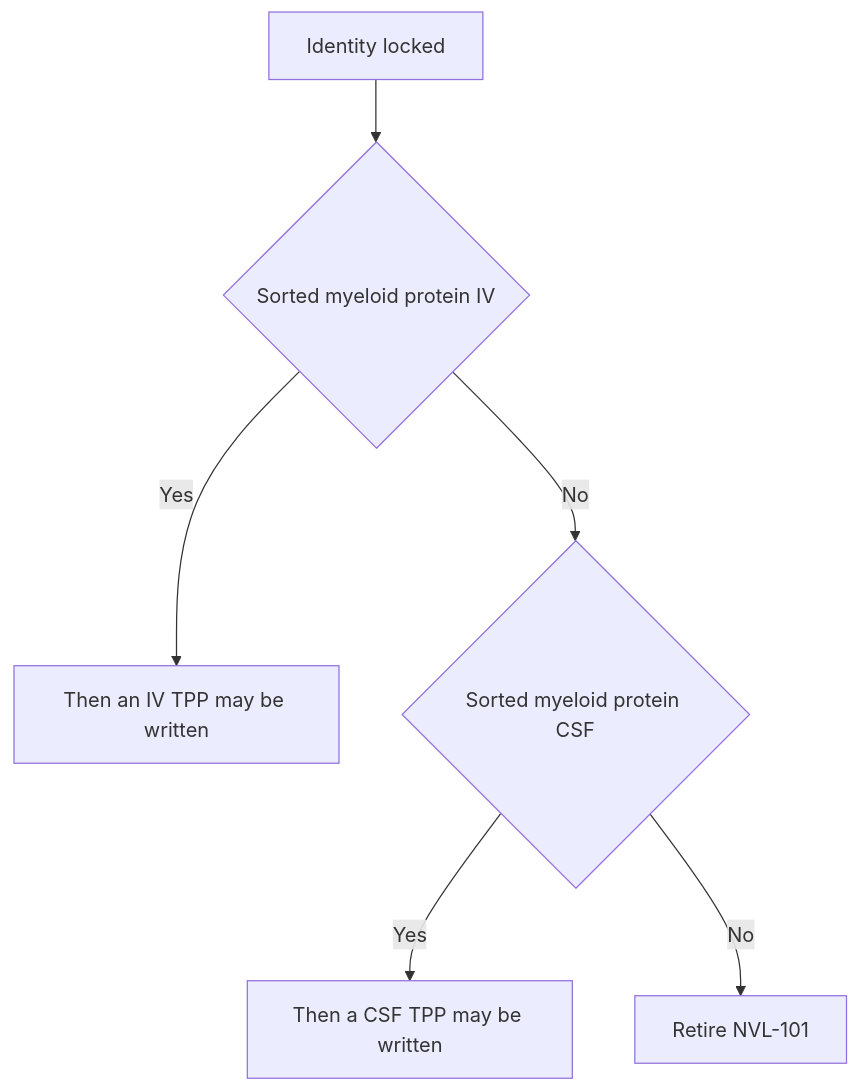
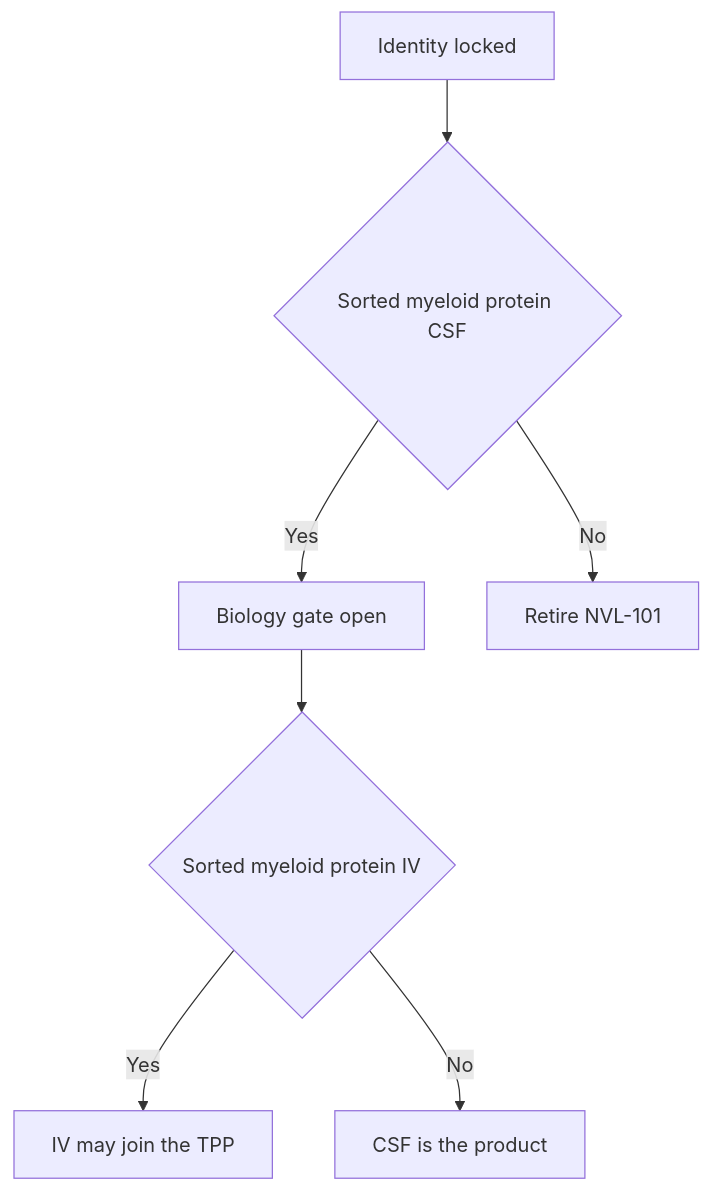
One commit to CosmicCEO/novellum changed the diagram in science/06-target-product-profile.md. Above: the diagram before and after it, drawn with Mermaid. The commit also changed other lines of this file, not shown here.

Commit message:
CSF-first diamond; point safety envelope at 10-safety

````diff
--- a/science/06-target-product-profile.md
+++ b/science/06-target-product-profile.md
@@ -7,8 +5,9 @@
 ```mermaid
 flowchart TD
-  A[Identity locked] --> B{Sorted myeloid protein IV}
-  B -->|Yes| C[Then an IV TPP may be written]
-  B -->|No| D{Sorted myeloid protein CSF}
-  D -->|Yes| E[Then a CSF TPP may be written]
-  D -->|No| F[Retire NVL-101]
+  A[Identity locked] --> B{Sorted myeloid protein CSF}
+  B -->|Yes| C[Biology gate open]
+  B -->|No| F[Retire NVL-101]
+  C --> D{Sorted myeloid protein IV}
+  D -->|Yes| E[IV may join the TPP]
+  D -->|No| G[CSF is the product]
 ```
````
